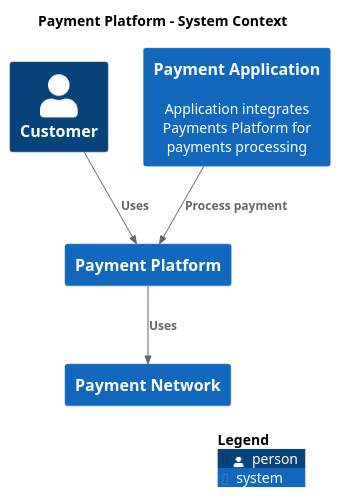
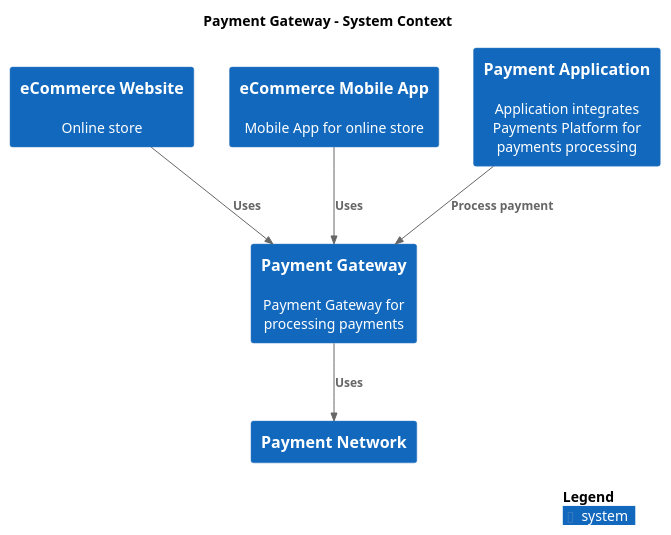
The diagram in master/puml/Landscape.puml (mmelnyk-godaddy/architecture-repository), drawn with PlantUML before and after one commit. The commit also changed 101 other files, not shown here.

Commit message:
Deploying to gh-pages from @ mmelnyk-godaddy/architecture-repository@8ead032482e32de2149f93fa9f5cdf51d96742e3 🚀

```diff
--- a/master/puml/Landscape.puml
+++ b/master/puml/Landscape.puml
@@ -1,20 +1,22 @@
 @startuml
 set separator none
-title Payment Platform - System Context
+title Payment Gateway - System Context
 
 top to bottom direction
 
 !include <C4/C4>
 !include <C4/C4_Context>
 
-Person(Customer, "Customer", $descr="", $tags="", $link="")
+System(eCommerceWebsite, "eCommerce Website", $descr="Online store", $tags="", $link="")
+System(PaymentNetwork, "Payment Network", $descr="", $tags="", $link="")
+System(eCommerceMobileApp, "eCommerce Mobile App", $descr="Mobile App for online store", $tags="", $link="")
 System(PaymentApplication, "Payment Application", $descr="Application integrates Payments Platform for payments processing", $tags="", $link="")
-System(PaymentNetwork, "Payment Network", $descr="", $tags="", $link="")
-System(PaymentPlatform, "Payment Platform", $descr="", $tags="", $link="")
+System(PaymentGateway, "Payment Gateway", $descr="Payment Gateway for processing payments", $tags="", $link="")
 
-Rel(Customer, PaymentPlatform, "Uses", $techn="", $tags="", $link="")
-Rel(PaymentApplication, PaymentPlatform, "Process payment", $techn="", $tags="", $link="")
-Rel(PaymentPlatform, PaymentNetwork, "Uses", $techn="", $tags="", $link="")
+Rel(eCommerceWebsite, PaymentGateway, "Uses", $techn="", $tags="", $link="")
+Rel(eCommerceMobileApp, PaymentGateway, "Uses", $techn="", $tags="", $link="")
+Rel(PaymentApplication, PaymentGateway, "Process payment", $techn="", $tags="", $link="")
+Rel(PaymentGateway, PaymentNetwork, "Uses", $techn="", $tags="", $link="")
 
 SHOW_LEGEND(true)
 @enduml
```
